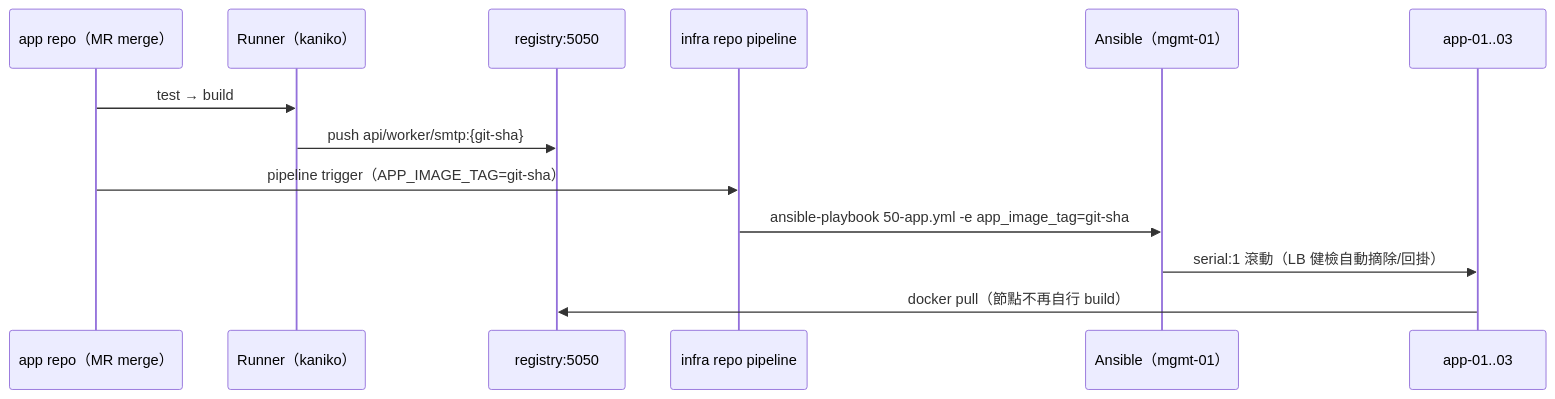
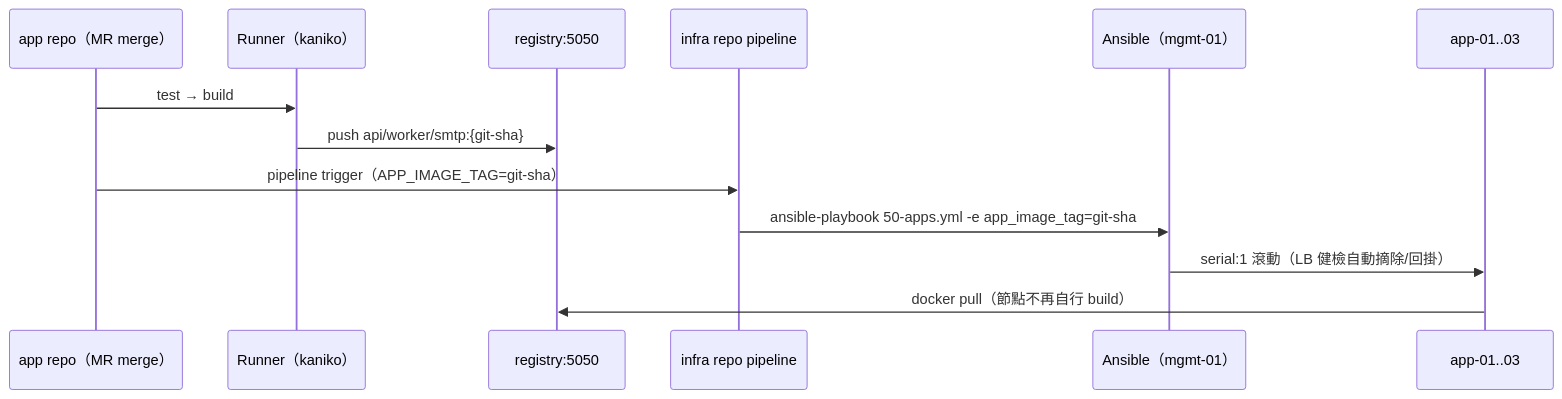
One commit to JustinHsu0320/onpremis_gitops changed the tenth of 12 diagrams in README.md. Above: the diagram before and after it, drawn with Mermaid. The commit also changed other lines of this file and 150 other files, not shown here.

````diff
--- a/README.md
+++ b/README.md
@@ -574,16 +602,16 @@
 ```mermaid
 sequenceDiagram
     participant DEV as app repo（MR merge）
     participant CI as Runner（kaniko）
     participant REG as registry:5050
     participant INFRA as infra repo pipeline
     participant ANS as Ansible（mgmt-01）
     participant APP as app-01..03
 
     DEV->>CI: test → build
     CI->>REG: push api/worker/smtp:{git-sha}
     DEV->>INFRA: pipeline trigger（APP_IMAGE_TAG=git-sha）
-    INFRA->>ANS: ansible-playbook 50-app.yml -e app_image_tag=git-sha
+    INFRA->>ANS: ansible-playbook 50-apps.yml -e app_image_tag=git-sha
     ANS->>APP: serial:1 滾動（LB 健檢自動摘除/回掛）
     APP->>REG: docker pull（節點不再自行 build）
 ```
````
